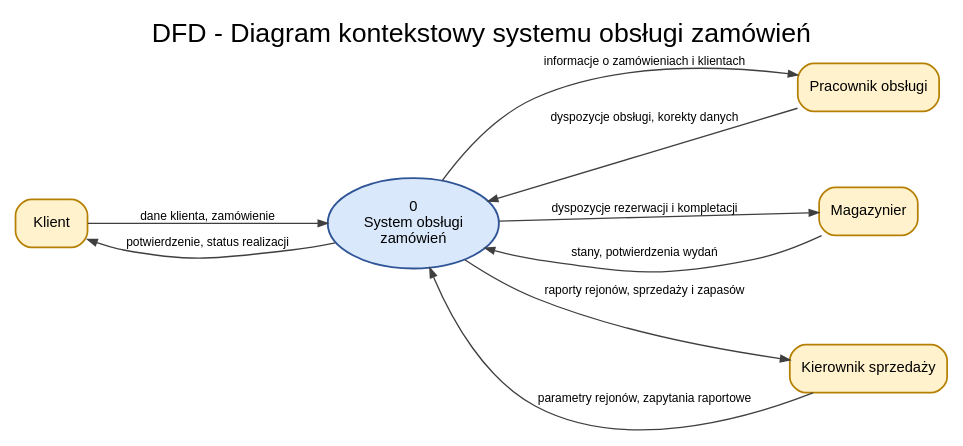
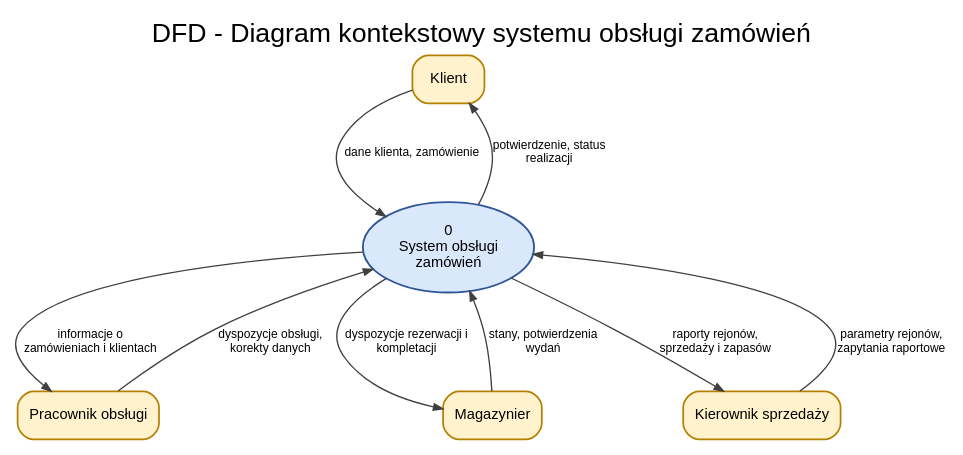
One commit to kubatrojanowski538-create/prz changed the diagram in inzynieria/cwiczenie_6_diagramy/dfd_01_kontekstowy.dot. Above: the diagram before and after it, drawn with Graphviz. The commit also changed 24 other files, not shown here.

Commit message:
Refine lab 6 report and diagram layouts

```diff
--- a/inzynieria/cwiczenie_6_diagramy/dfd_01_kontekstowy.dot
+++ b/inzynieria/cwiczenie_6_diagramy/dfd_01_kontekstowy.dot
@@ -1,32 +1,32 @@
 digraph G {
   graph [
-    rankdir=LR,
+    rankdir=TB,
     splines=true,
     nodesep=0.55,
     ranksep=0.75,
     bgcolor="white",
     labelloc="t",
     label="DFD - Diagram kontekstowy systemu obsługi zamówień",
     fontname="Arial",
     fontsize=20,
     compound=true
   ];
   node [fontname="Arial", fontsize=11, margin="0.12,0.08"];
   edge [fontname="Arial", fontsize=9, color="#3f3f3f", arrowsize=0.7];
 
   node [shape=box, style="rounded,filled", fillcolor="#fff2cc", color="#b57f00", penwidth=1.3];
   klient [label="Klient"];
   pracownik [label="Pracownik obsługi"];
   magazynier [label="Magazynier"];
   kierownik [label="Kierownik sprzedaży"];
   node [shape=ellipse, style="filled", fillcolor="#dae8fc", color="#2f5597", penwidth=1.4];
   system [label="0\nSystem obsługi\nzamówień"];
   klient -> system [label="dane klienta, zamówienie"];
-  system -> klient [label="potwierdzenie, status realizacji"];
-  pracownik -> system [label="dyspozycje obsługi, korekty danych"];
-  system -> pracownik [label="informacje o zamówieniach i klientach"];
-  magazynier -> system [label="stany, potwierdzenia wydań"];
-  system -> magazynier [label="dyspozycje rezerwacji i kompletacji"];
-  kierownik -> system [label="parametry rejonów, zapytania raportowe"];
-  system -> kierownik [label="raporty rejonów, sprzedaży i zapasów"];
+  system -> klient [label="potwierdzenie, status\nrealizacji"];
+  pracownik -> system [label="dyspozycje obsługi,\nkorekty danych"];
+  system -> pracownik [label="informacje o\nzamówieniach i klientach"];
+  magazynier -> system [label="stany, potwierdzenia\nwydań"];
+  system -> magazynier [label="dyspozycje rezerwacji i\nkompletacji"];
+  kierownik -> system [label="parametry rejonów,\nzapytania raportowe"];
+  system -> kierownik [label="raporty rejonów,\nsprzedaży i zapasów"];
 }
```
